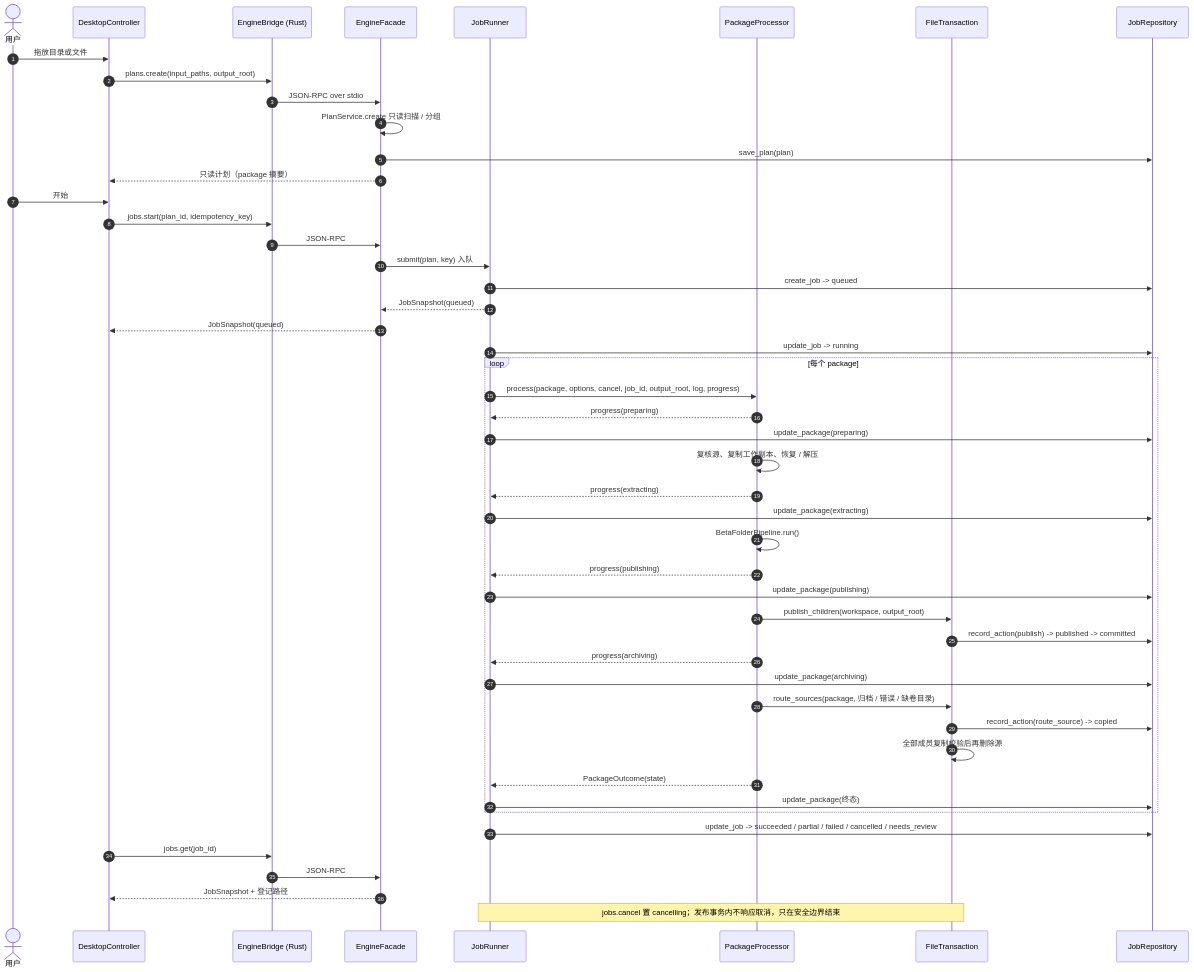
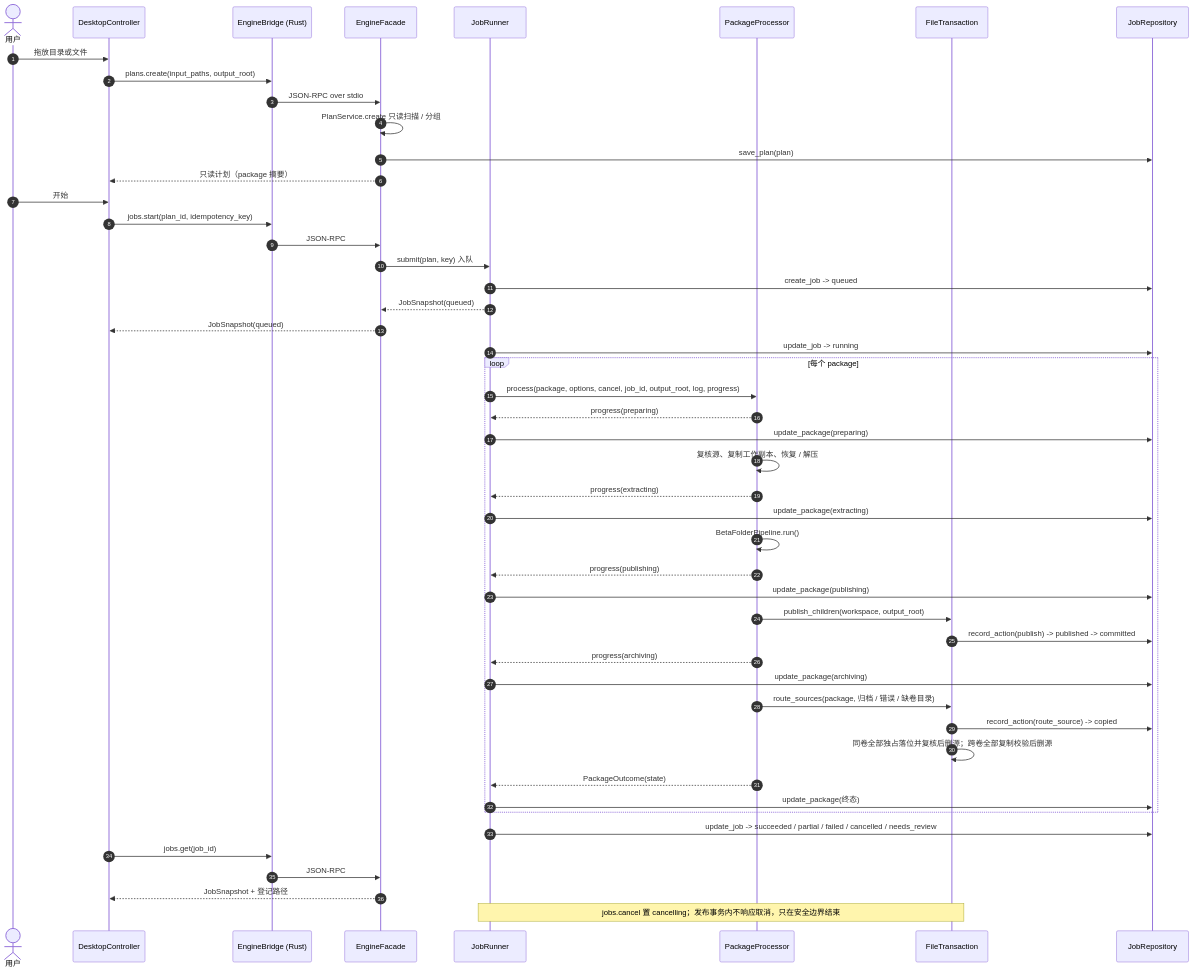
One commit to WOO-woo-Waf/reorder changed the diagram in docs/diagrams/sequence.mmd. Above: the diagram before and after it, drawn with Mermaid. The commit also changed 46 other files, not shown here.

```diff
--- a/docs/diagrams/sequence.mmd
+++ b/docs/diagrams/sequence.mmd
@@ -1,49 +1,49 @@
 sequenceDiagram
   autonumber
   actor User as 用户
   participant UI as DesktopController
   participant Host as EngineBridge (Rust)
   participant API as EngineFacade
   participant Job as JobRunner
   participant Core as PackageProcessor
   participant FS as FileTransaction
   participant DB as JobRepository
   User->>UI: 拖放目录或文件
   UI->>Host: plans.create(input_paths, output_root)
   Host->>API: JSON-RPC over stdio
   API->>API: PlanService.create 只读扫描 / 分组
   API->>DB: save_plan(plan)
   API-->>UI: 只读计划（package 摘要）
   User->>UI: 开始
   UI->>Host: jobs.start(plan_id, idempotency_key)
   Host->>API: JSON-RPC
   API->>Job: submit(plan, key) 入队
   Job->>DB: create_job -> queued
   Job-->>API: JobSnapshot(queued)
   API-->>UI: JobSnapshot(queued)
   Job->>DB: update_job -> running
   loop 每个 package
     Job->>Core: process(package, options, cancel, job_id, output_root, log, progress)
     Core-->>Job: progress(preparing)
     Job->>DB: update_package(preparing)
     Core->>Core: 复核源、复制工作副本、恢复 / 解压
     Core-->>Job: progress(extracting)
     Job->>DB: update_package(extracting)
     Core->>Core: BetaFolderPipeline.run()
     Core-->>Job: progress(publishing)
     Job->>DB: update_package(publishing)
     Core->>FS: publish_children(workspace, output_root)
     FS->>DB: record_action(publish) -> published -> committed
     Core-->>Job: progress(archiving)
     Job->>DB: update_package(archiving)
     Core->>FS: route_sources(package, 归档 / 错误 / 缺卷目录)
     FS->>DB: record_action(route_source) -> copied
-    FS->>FS: 全部成员复制校验后再删除源
+    FS->>FS: 同卷全部独占落位并复核后删源；跨卷全部复制校验后删源
     Core-->>Job: PackageOutcome(state)
     Job->>DB: update_package(终态)
   end
   Job->>DB: update_job -> succeeded / partial / failed / cancelled / needs_review
   UI->>Host: jobs.get(job_id)
   Host->>API: JSON-RPC
   API-->>UI: JobSnapshot + 登记路径
   Note over Job,FS: jobs.cancel 置 cancelling；发布事务内不响应取消，只在安全边界结束
```
